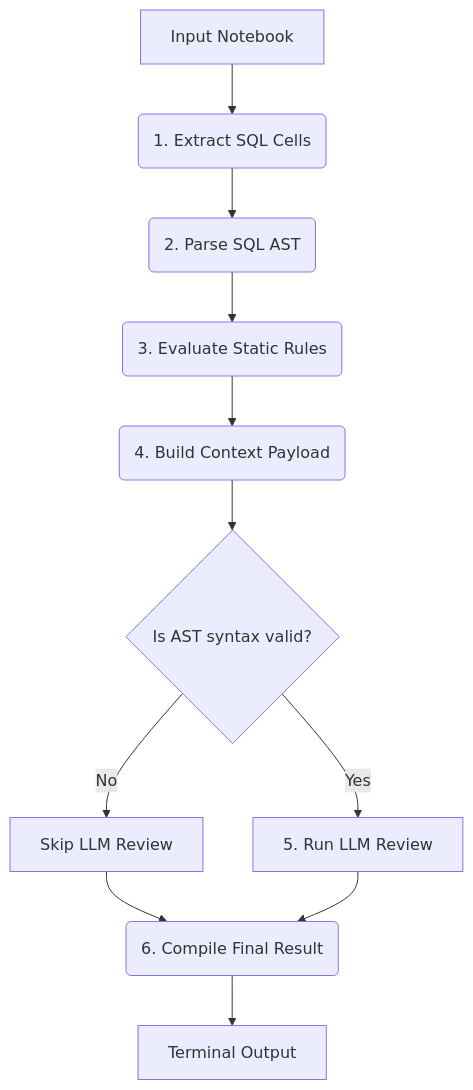
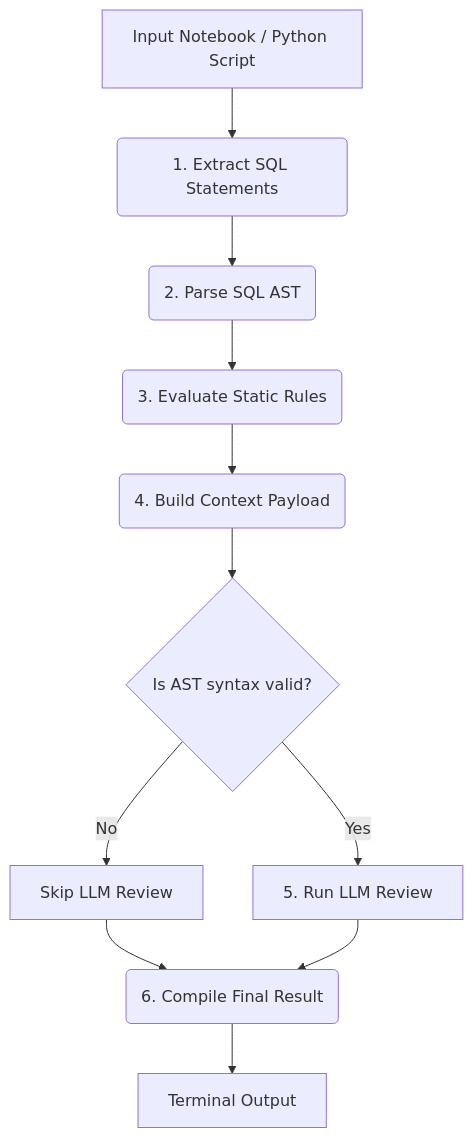
Before and after one commit to kp-1507/PR_Reviewer: the diagram in README.md, drawn with Mermaid. The commit also changed other lines of this file and 9 other files, not shown here.

````diff
--- a/README.md
+++ b/README.md
@@ -11,13 +11,13 @@
 ```mermaid
 graph TD
-    A[Input Notebook] --> B(1. Extract SQL Cells)
+    A[Input Notebook / Python Script] --> B(1. Extract SQL Statements)
     B --> C(2. Parse SQL AST)
     C --> D(3. Evaluate Static Rules)
     D --> E(4. Build Context Payload)
     E --> F{Is AST syntax valid?}
     F -- No --> G[Skip LLM Review]
     F -- Yes --> H[5. Run LLM Review]
     G --> I(6. Compile Final Result)
     H --> I
     I --> J[Terminal Output]
 ```
````
